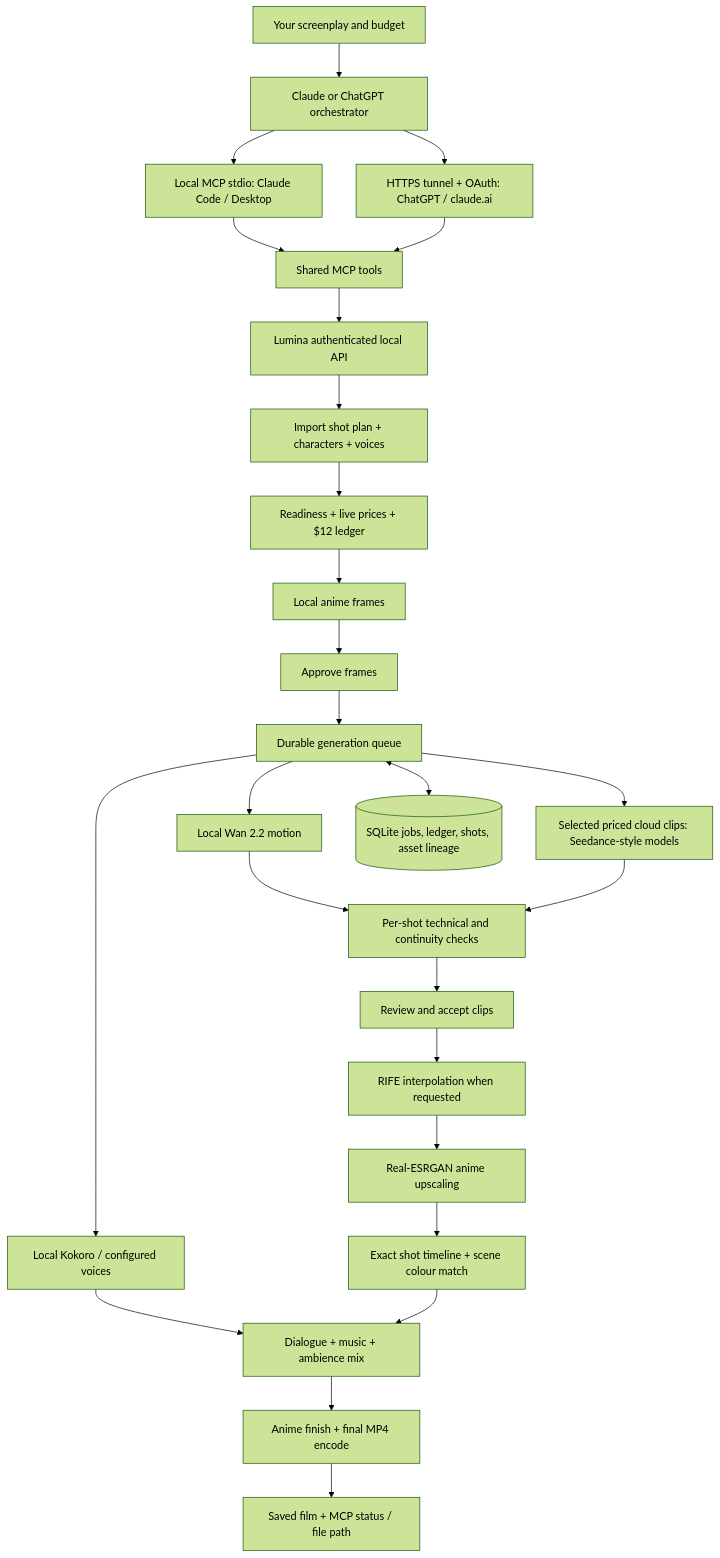
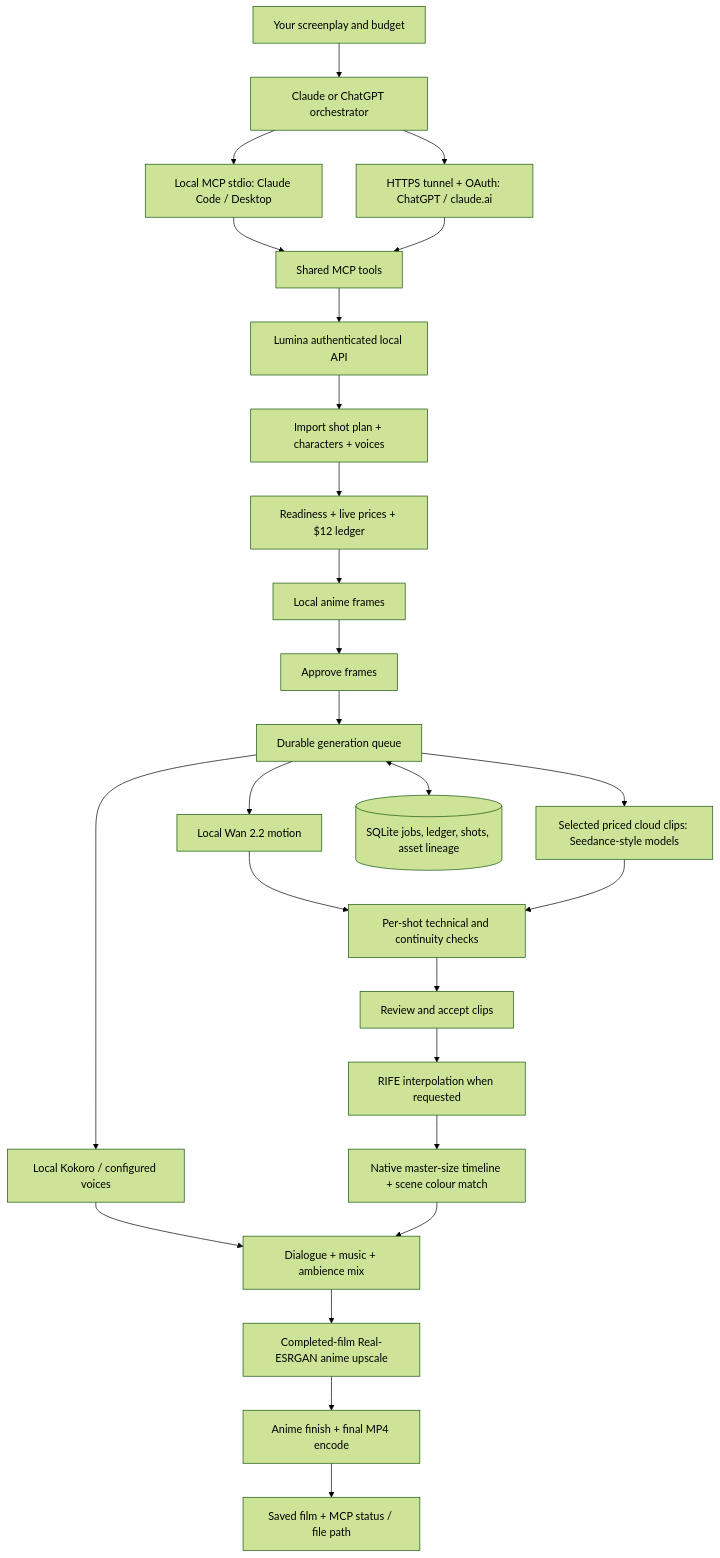
One commit to everett6/lumina-studio-app changed the diagram in docs/SHIPPING_ANIME.md. Above: the diagram before and after it, drawn with Mermaid (forest theme). The commit also changed other lines of this file and 16 other files, not shown here.

Commit message:
Release 0.9.1 with serialized GPU work and exact mixed-film timing

````diff
--- a/docs/SHIPPING_ANIME.md
+++ b/docs/SHIPPING_ANIME.md
@@ -15,28 +16,28 @@
 ```mermaid
 flowchart TD
   User[Your screenplay and budget] --> Chat[Claude or ChatGPT orchestrator]
   Chat --> Local[Local MCP stdio: Claude Code / Desktop]
   Chat --> Web[HTTPS tunnel + OAuth: ChatGPT / claude.ai]
   Local --> Tools[Shared MCP tools]
   Web --> Tools
   Tools --> API[Lumina authenticated local API]
   API --> Plan[Import shot plan + characters + voices]
   Plan --> Preflight[Readiness + live prices + $12 ledger]
   Preflight --> Frames[Local anime frames]
   Frames --> Review[Approve frames]
   Review --> Queue[Durable generation queue]
   Queue --> Wan[Local Wan 2.2 motion]
   Queue --> Cloud[Selected priced cloud clips: Seedance-style models]
   Queue --> Voice[Local Kokoro / configured voices]
   Wan --> QC[Per-shot technical and continuity checks]
   Cloud --> QC
   QC --> Accept[Review and accept clips]
   Accept --> RIFE[RIFE interpolation when requested]
-  RIFE --> Upscale[Real-ESRGAN anime upscaling]
-  Upscale --> Edit[Exact shot timeline + scene colour match]
+  RIFE --> Edit[Native master-size timeline + scene colour match]
   Voice --> Mix[Dialogue + music + ambience mix]
   Edit --> Mix
-  Mix --> Encode[Anime finish + final MP4 encode]
+  Mix --> Upscale[Completed-film Real-ESRGAN anime upscale]
+  Upscale --> Encode[Anime finish + final MP4 encode]
   Encode --> Asset[Saved film + MCP status / file path]
   Queue <--> DB[(SQLite jobs, ledger, shots, asset lineage)]
 ```
````
